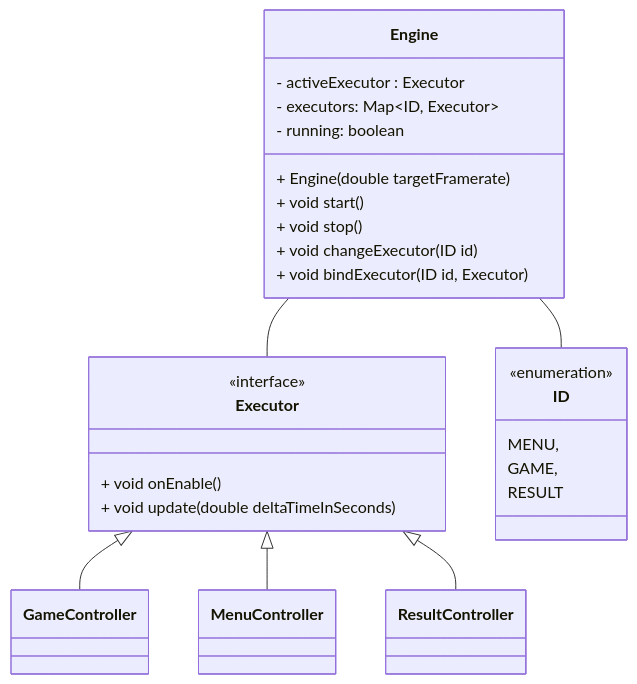
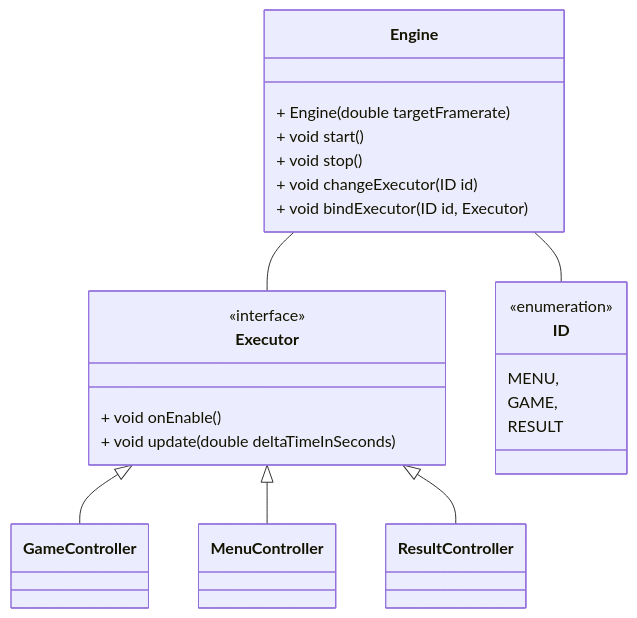
One commit to unibo-oop-projects/OOP23-Carletti-Catena-DallAra-DallaTheMage-MatteoGodzilla-MattiaRocchi-Labyrinth changed the second of 14 diagrams in report.md. Above: the diagram before and after it, drawn with Mermaid. The commit also changed other lines of this file, not shown here.

Commit message:
added final UML in 2.2.2 and permalinks for my part in 3.2.2

````diff
--- a/report.md
+++ b/report.md
@@ -192,32 +192,29 @@
 ```mermaid
 classDiagram
   Engine -- Executor
   Engine -- ID
 
   Executor <|-- GameController
   Executor <|-- MenuController
   Executor <|-- ResultController
 
   class Engine {
-    - activeExecutor : Executor
-    - executors: Map~ID, Executor~
-    - running: boolean
     + Engine(double targetFramerate)
     + void start()
     + void stop()
     + void changeExecutor(ID id)
     + void bindExecutor(ID id, Executor)
   }
 
   class Executor {
     <<interface>>
     + void onEnable()
     + void update(double deltaTimeInSeconds)
   }
   class ID {
     <<enumeration>>
     MENU,
     GAME,
     RESULT
   }
 ```
````
